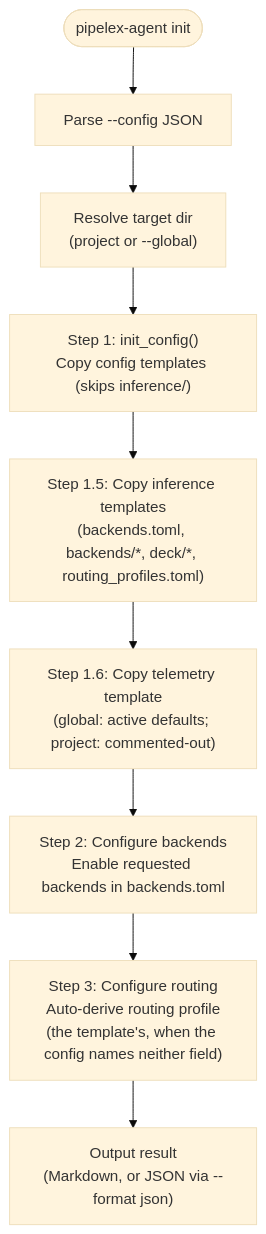
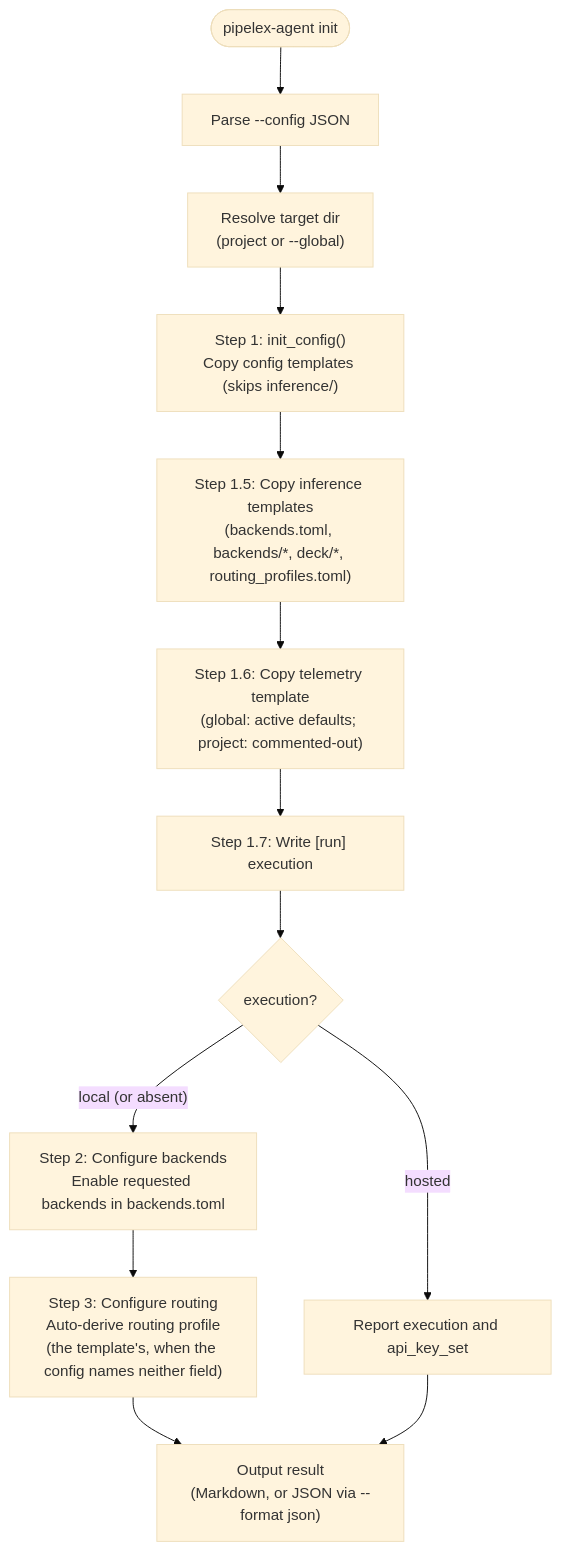
The third of 3 diagrams in docs/under-the-hood/init-cli-flows.md (Pipelex/pipelex), drawn with Mermaid (base theme) before and after one commit. The commit also changed other lines of this file and 128 other files, not shown here.

````diff
--- a/docs/under-the-hood/init-cli-flows.md
+++ b/docs/under-the-hood/init-cli-flows.md
@@ -367,11 +411,15 @@
 ```mermaid
 flowchart TD
     START([pipelex-agent init]) --> PARSE["Parse --config JSON"]
     PARSE --> RESOLVE["Resolve target dir<br/>(project or --global)"]
     RESOLVE --> STEP1["Step 1: init_config()<br/>Copy config templates (skips inference/)"]
     STEP1 --> STEP15["Step 1.5: Copy inference templates<br/>(backends.toml, backends/*, deck/*, routing_profiles.toml)"]
     STEP15 --> STEP16["Step 1.6: Copy telemetry template<br/>(global: active defaults; project: commented-out)"]
-    STEP16 --> STEP2["Step 2: Configure backends<br/>Enable requested backends in backends.toml"]
+    STEP16 --> STEP17["Step 1.7: Write [run] execution"]
+    STEP17 --> EXECUTION{execution?}
+    EXECUTION -- hosted --> HOSTED_OUT["Report execution and api_key_set"]
+    EXECUTION -- "local (or absent)" --> STEP2["Step 2: Configure backends<br/>Enable requested backends in backends.toml"]
     STEP2 --> STEP3["Step 3: Configure routing<br/>Auto-derive routing profile<br/>(the template's, when the config names neither field)"]
     STEP3 --> OUTPUT["Output result<br/>(Markdown, or JSON via --format json)"]
+    HOSTED_OUT --> OUTPUT
 ```
````
